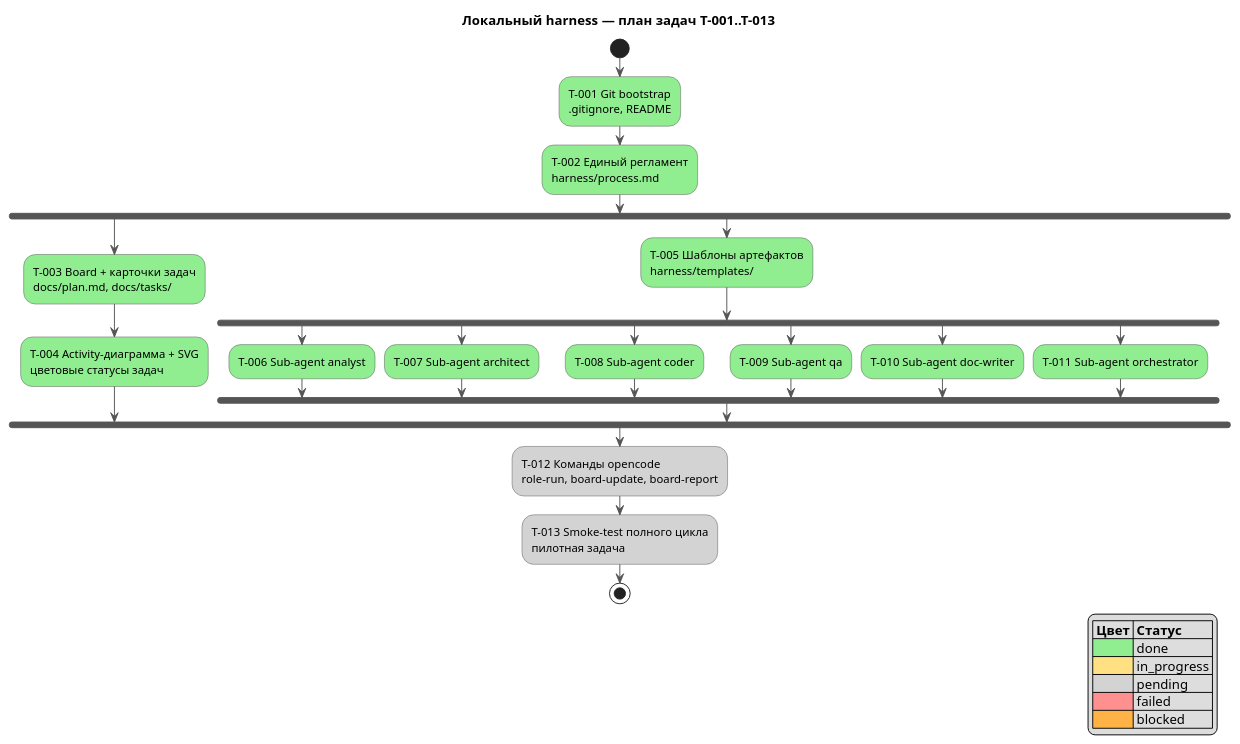
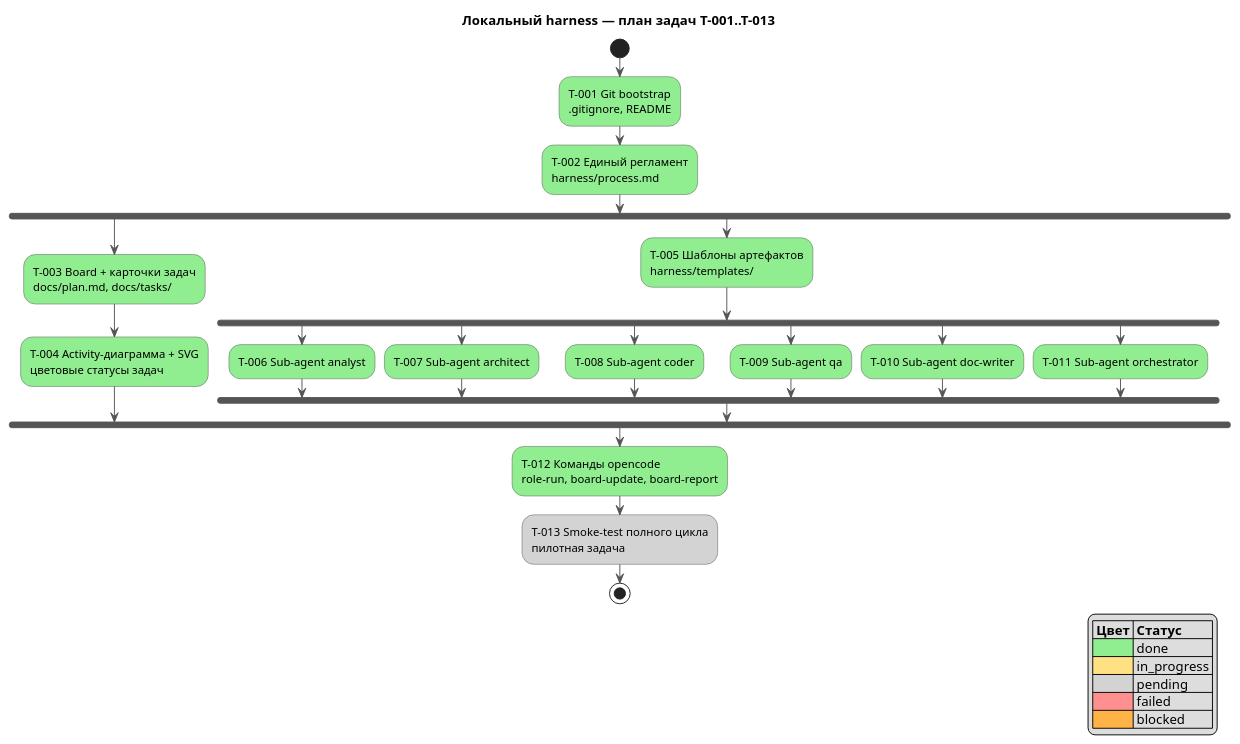
The diagram in docs/activity.puml (serge-sasov/harness), drawn with PlantUML before and after one commit. The commit also changed 7 other files, not shown here.

Commit message:
T-012: команды role-run, board-update, board-report

```diff
--- a/docs/activity.puml
+++ b/docs/activity.puml
@@ -1,42 +1,42 @@
 @startuml
 skinparam defaultFontName Segoe UI
 skinparam ActivityBackgroundColor #FFFFFF
 skinparam ActivityBorderColor #555555
 skinparam ArrowColor #555555
 title Локальный harness — план задач T-001..T-013
 
 start
 #90EE90:T-001 Git bootstrap\n.gitignore, README;
 #90EE90:T-002 Единый регламент\nharness/process.md;
 fork
   #90EE90:T-003 Board + карточки задач\ndocs/plan.md, docs/tasks/;
   #90EE90:T-004 Activity-диаграмма + SVG\nцветовые статусы задач;
 fork again
   #90EE90:T-005 Шаблоны артефактов\nharness/templates/;
   fork
     #90EE90:T-006 Sub-agent analyst;
   fork again
     #90EE90:T-007 Sub-agent architect;
   fork again
     #90EE90:T-008 Sub-agent coder;
   fork again
     #90EE90:T-009 Sub-agent qa;
   fork again
     #90EE90:T-010 Sub-agent doc-writer;
   fork again
     #90EE90:T-011 Sub-agent orchestrator;
   end fork
 end fork
-#D3D3D3:T-012 Команды opencode\nrole-run, board-update, board-report;
+#90EE90:T-012 Команды opencode\nrole-run, board-update, board-report;
 #D3D3D3:T-013 Smoke-test полного цикла\nпилотная задача;
 stop
 
 legend right
 |= Цвет |= Статус |
 |<#90EE90>| done |
 |<#FFE082>| in_progress |
 |<#D3D3D3>| pending |
 |<#FF9090>| failed |
 |<#FFB347>| blocked |
 endlegend
 @enduml
```
